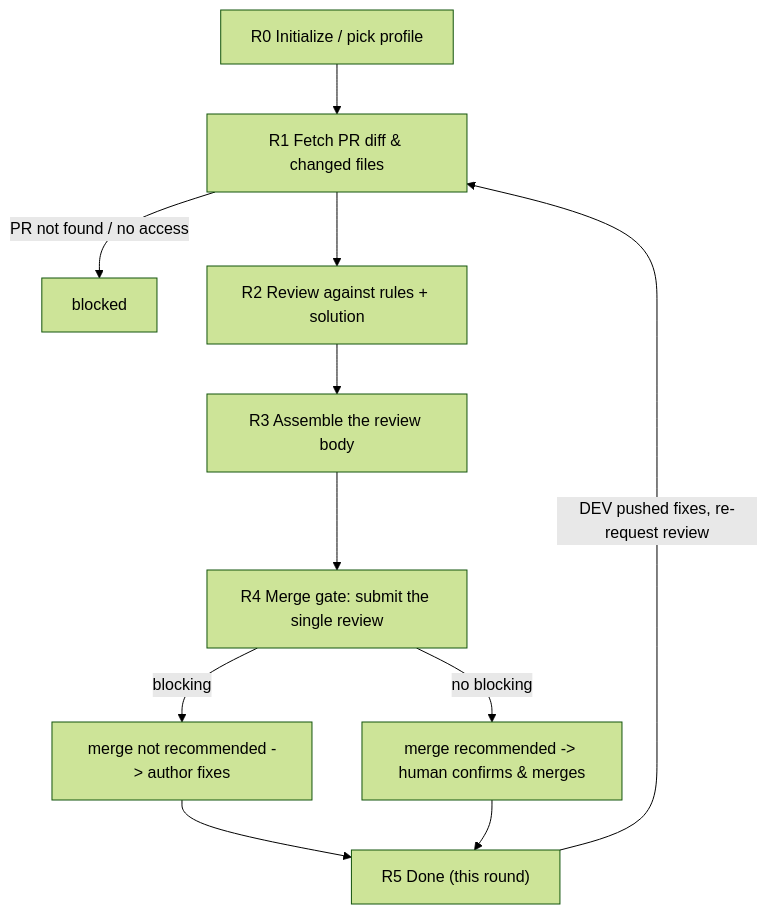
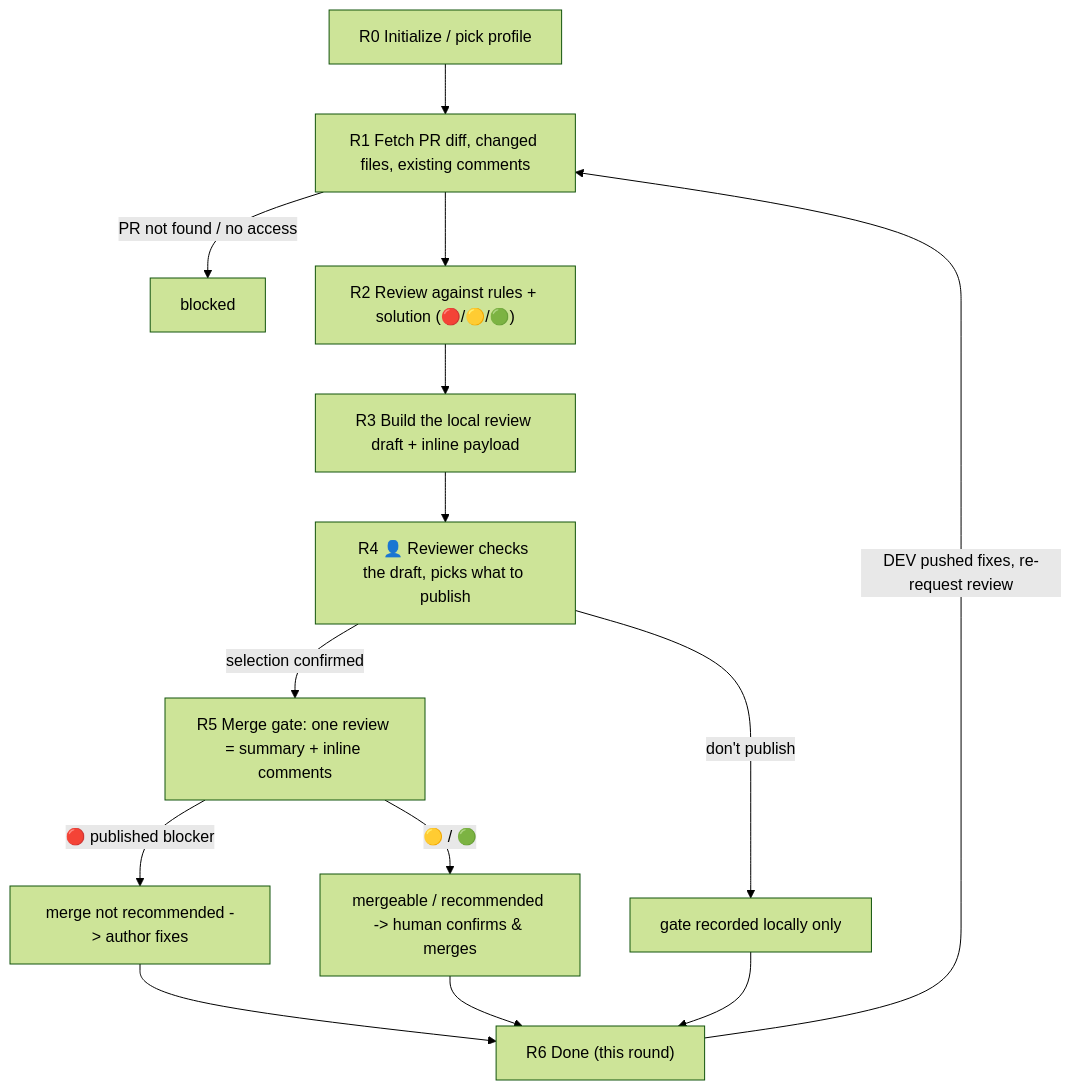
Before and after one commit to mjz-kevin/marriott: the diagram in .cursor/agents/code-review-agent.md, drawn with Mermaid (forest theme). The commit also changed other lines of this file and 10 other files, not shown here.

````diff
--- a/.cursor/agents/code-review-agent.md
+++ b/.cursor/agents/code-review-agent.md
@@ -198,13 +213,16 @@
 ```mermaid
 flowchart TD
-    R0["R0 Initialize / pick profile"] --> R1["R1 Fetch PR diff & changed files"]
+    R0["R0 Initialize / pick profile"] --> R1["R1 Fetch PR diff, changed files, existing comments"]
     R1 -->|"PR not found / no access"| B["blocked"]
-    R1 --> R2["R2 Review against rules + solution"]
-    R2 --> R3["R3 Assemble the review body"]
-    R3 --> R4["R4 Merge gate: submit the single review"]
-    R4 -->|"blocking"| REJ["merge not recommended -> author fixes"]
-    R4 -->|"no blocking"| APP["merge recommended -> human confirms & merges"]
-    REJ --> D["R5 Done (this round)"]
+    R1 --> R2["R2 Review against rules + solution (🔴/🟡/🟢)"]
+    R2 --> R3["R3 Build the local review draft + inline payload"]
+    R3 --> R4["R4 👤 Reviewer checks the draft, picks what to publish"]
+    R4 -->|"don't publish"| L["gate recorded locally only"]
+    R4 -->|"selection confirmed"| R5["R5 Merge gate: one review = summary + inline comments"]
+    R5 -->|"🔴 published blocker"| REJ["merge not recommended -> author fixes"]
+    R5 -->|"🟡 / 🟢"| APP["mergeable / recommended -> human confirms & merges"]
+    REJ --> D["R6 Done (this round)"]
     APP --> D
+    L --> D
     D -->|"DEV pushed fixes, re-request review"| R1
 ```
````
